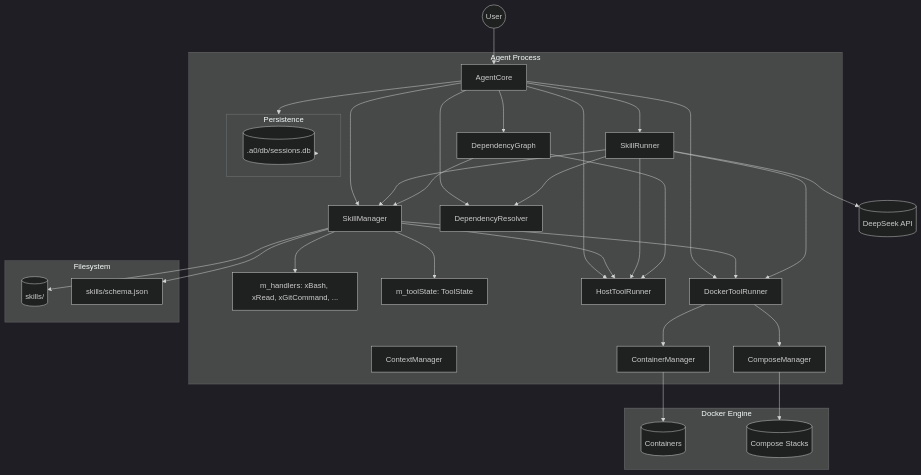
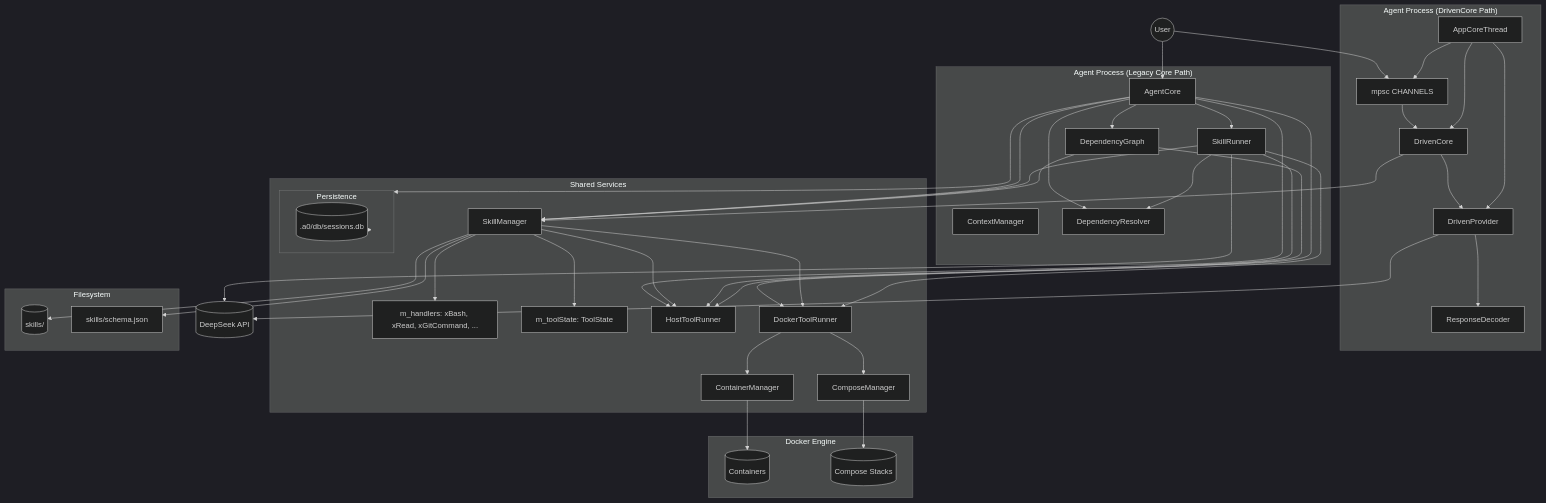
The first of 7 diagrams in technical-specification.md (opensassi/a0), drawn with Mermaid (dark theme) before and after one commit. The commit also changed other lines of this file and 49 other files, not shown here.

Commit message:
Thread-separated App Core refactoring: add DrivenCore state machine, curl_multi async provider, MPSC channel; refactor AgentTui to remove AgentCore*; update all 43 spec files and 5 technical-specification.md files

```diff
--- a/technical-specification.md
+++ b/technical-specification.md
@@ -244,18 +269,28 @@
     User((User))
     DeepSeek[("DeepSeek API")]
 
-    subgraph "Agent Process"
+    subgraph "Agent Process (Legacy Core Path)"
         Core[AgentCore]
         Context[ContextManager]
+        SkillRunner[SkillRunner]
+        DepResolver[DependencyResolver]
+        DepGraph[DependencyGraph]
+    end
+
+    subgraph "Agent Process (DrivenCore Path)"
+        DC[DrivenCore]
+        DP[DrivenProvider]
+        ACT[AppCoreThread]
+        CHAN[mpsc CHANNELS]
+        DEC[ResponseDecoder]
+    end
+
+    subgraph "Shared Services"
         SkillMgr[SkillManager]
         SkillMgr_Handlers[m_handlers: xBash, xRead, xGitCommand, ...]
         ToolState[m_toolState: ToolState]
-        DepGraph[DependencyGraph]
         HostRunner[HostToolRunner]
         DockerRunner[DockerToolRunner]
-        SkillRunner[SkillRunner]
-
-        DepResolver[DependencyResolver]
         Persistence[PersistenceStore]
         ContainerMgr[ContainerManager]
         ComposeMgr[ComposeManager]
@@ -276,22 +311,35 @@
     end
 
     User --> Core
+    User --> CHAN
+    CHAN --> DC
+    DC --> DP
+    DP --> DEC
+    DP --> DeepSeek
+    DC --> SkillMgr
+    ACT --> DC
+    ACT --> DP
+    ACT --> CHAN
+
     Core --> SkillMgr
     Core --> DepResolver
     Core --> HostRunner
     Core --> DockerRunner
     Core --> SkillRunner
     Core --> DepGraph
+    Core --> Persistence
+
     SkillMgr --> SkillMgr_Handlers
     SkillMgr --> HostRunner
     SkillMgr --> DockerRunner
     SkillMgr --> ToolState
+
     SkillRunner --> DepResolver
     SkillRunner --> DeepSeek
     SkillRunner --> SkillMgr
     SkillRunner --> HostRunner
     SkillRunner --> DockerRunner
-    Core --> Persistence
+
     Persistence --> DB
     SkillMgr --> SkillsDir
     SkillMgr --> SchemaJSON
```
